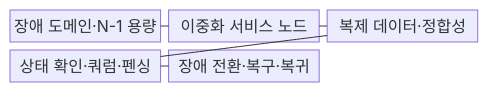
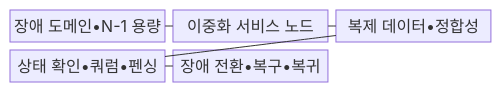
The first of 2 diagrams in src/content/docs/notes/06-evaluation/017_high_availability_architecture.md (agnusdei1207/knowledge-base), drawn with Mermaid before and after one commit. The commit also changed other lines of this file and 953 other files, not shown here.

````diff
--- a/src/content/docs/notes/06-evaluation/017_high_availability_architecture.md
+++ b/src/content/docs/notes/06-evaluation/017_high_availability_architecture.md
@@ -66,13 +66,13 @@
 ```mermaid
 block-beta
   columns 3
-  F["장애 도메인·N-1 용량"]
+  F["장애 도메인•N-1 용량"]
   N["이중화 서비스 노드"]
-  D["복제 데이터·정합성"]
-  Q["상태 확인·쿼럼·펜싱"]
-  R["장애 전환·복구·복귀"]
+  D["복제 데이터•정합성"]
+  Q["상태 확인•쿼럼•펜싱"]
+  R["장애 전환•복구•복귀"]
   F --- N
   N --- D
   D --- Q
   Q --- R
 ```
````
